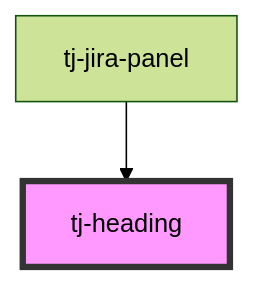
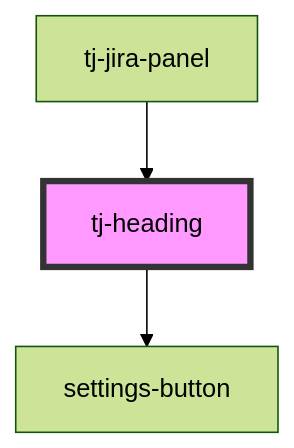
Before and after one commit to davids-ensemble/tj-jira-panel: the diagram in src/components/tj-jira-panel/components/heading/readme.md, drawn with Mermaid (forest theme). The commit also changed other lines of this file and 30 other files, not shown here.

````diff
--- a/src/components/tj-jira-panel/components/heading/readme.md
+++ b/src/components/tj-jira-panel/components/heading/readme.md
@@ -33,5 +38,6 @@
 ```mermaid
 graph TD;
+  tj-heading --> settings-button
   tj-jira-panel --> tj-heading
   style tj-heading fill:#f9f,stroke:#333,stroke-width:4px
 ```
````
